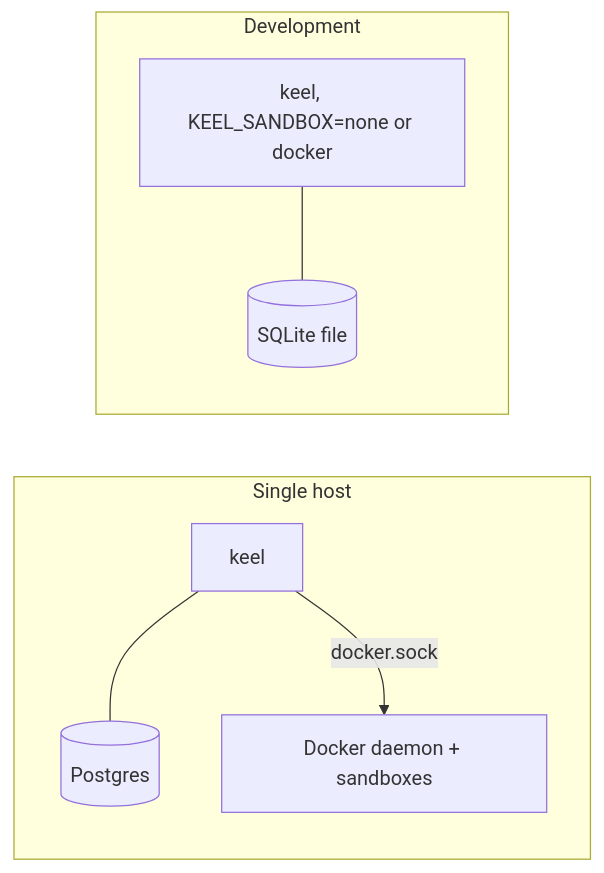
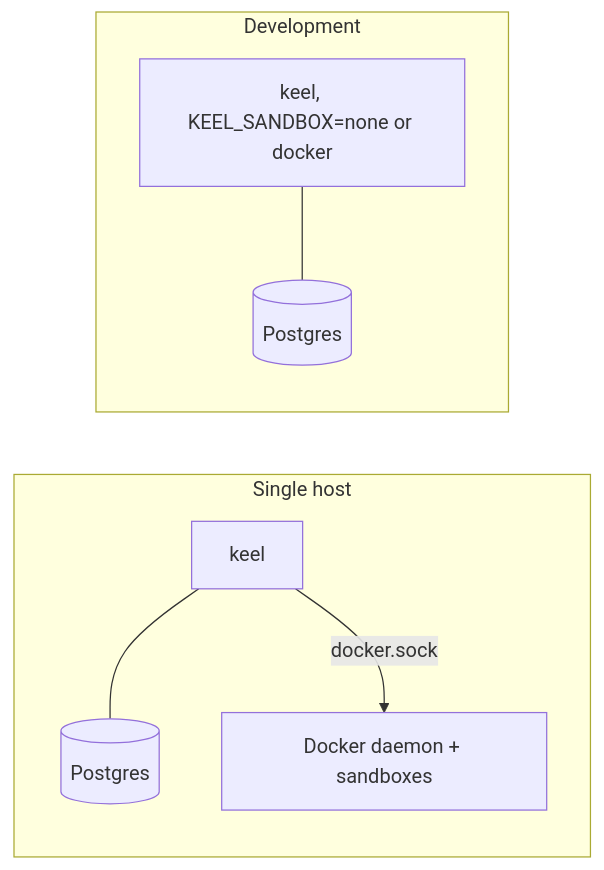
The ninth of 9 diagrams in docs/architecture.md (ryang420/agent-keel), drawn with Mermaid before and after one commit. The commit also changed other lines of this file and 50 other files, not shown here.

````diff
--- a/docs/architecture.md
+++ b/docs/architecture.md
@@ -611,12 +611,12 @@
 ```mermaid
 flowchart LR
     subgraph one["Single host"]
         direction TB
         K1["keel"] --- PG1[("Postgres")]
         K1 -->|"docker.sock"| D1["Docker daemon + sandboxes"]
     end
     subgraph dev["Development"]
         direction TB
-        K2["keel, KEEL_SANDBOX=none or docker"] --- SQ[("SQLite file")]
+        K2["keel, KEEL_SANDBOX=none or docker"] --- PG2[("Postgres")]
     end
 ```
````
